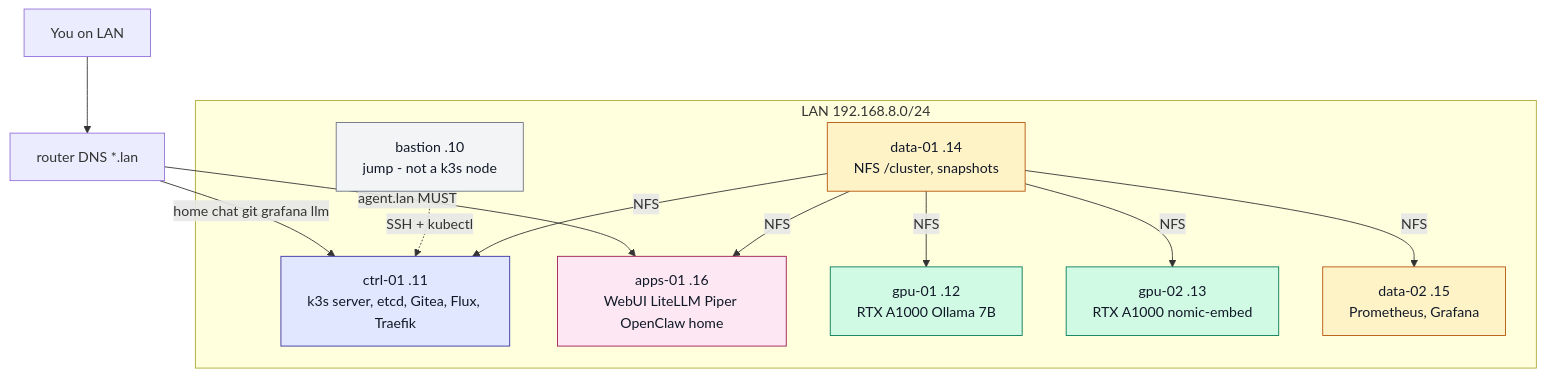
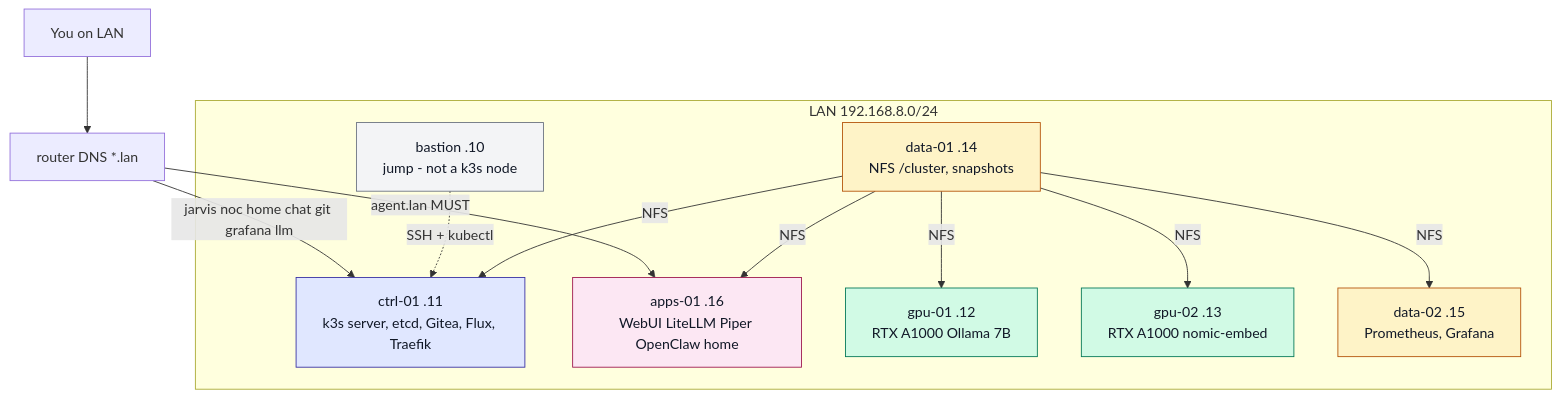
One commit to gordoncooper/jarvis-infra changed the third of 8 diagrams in README.md. Above: the diagram before and after it, drawn with Mermaid. The commit also changed other lines of this file and 1 other file, not shown here.

Commit message:
Give each product sentence one home, and point the README at it.

````diff
--- a/README.md
+++ b/README.md
@@ -135,34 +115,34 @@
 ```mermaid
 flowchart TB
   classDef jump fill:#f3f4f6,stroke:#6b7280,color:#111827
   classDef ctrl fill:#e0e7ff,stroke:#3730a3,color:#111827
   classDef gpu fill:#d1fae5,stroke:#047857,color:#111827
   classDef store fill:#fef3c7,stroke:#b45309,color:#111827
   classDef apps fill:#fce7f3,stroke:#9d174d,color:#111827
 
   you["You on LAN"] --> dns["router DNS  *.lan"]
-  dns -->|"home chat git grafana llm"| ctrl
+  dns -->|"jarvis noc home chat git grafana llm"| ctrl
   dns -->|"agent.lan MUST"| apps
 
   subgraph fabric["LAN 192.168.8.0/24"]
     bastion["bastion .10\njump - not a k3s node"]
     ctrl["ctrl-01 .11\nk3s server, etcd, Gitea, Flux, Traefik"]
     gpu1["gpu-01 .12\nRTX A1000  Ollama 7B"]
     gpu2["gpu-02 .13\nRTX A1000  nomic-embed"]
     data1["data-01 .14\nNFS /cluster, snapshots"]
     data2["data-02 .15\nPrometheus, Grafana"]
     apps["apps-01 .16\nWebUI LiteLLM Piper OpenClaw home"]
   end
   bastion -.->|SSH + kubectl| ctrl
   data1 -->|NFS| ctrl
   data1 -->|NFS| gpu1
   data1 -->|NFS| gpu2
   data1 -->|NFS| data2
   data1 -->|NFS| apps
 
   class bastion jump
   class ctrl ctrl
   class gpu1,gpu2 gpu
   class data1,data2 store
   class apps apps
 ```
````
